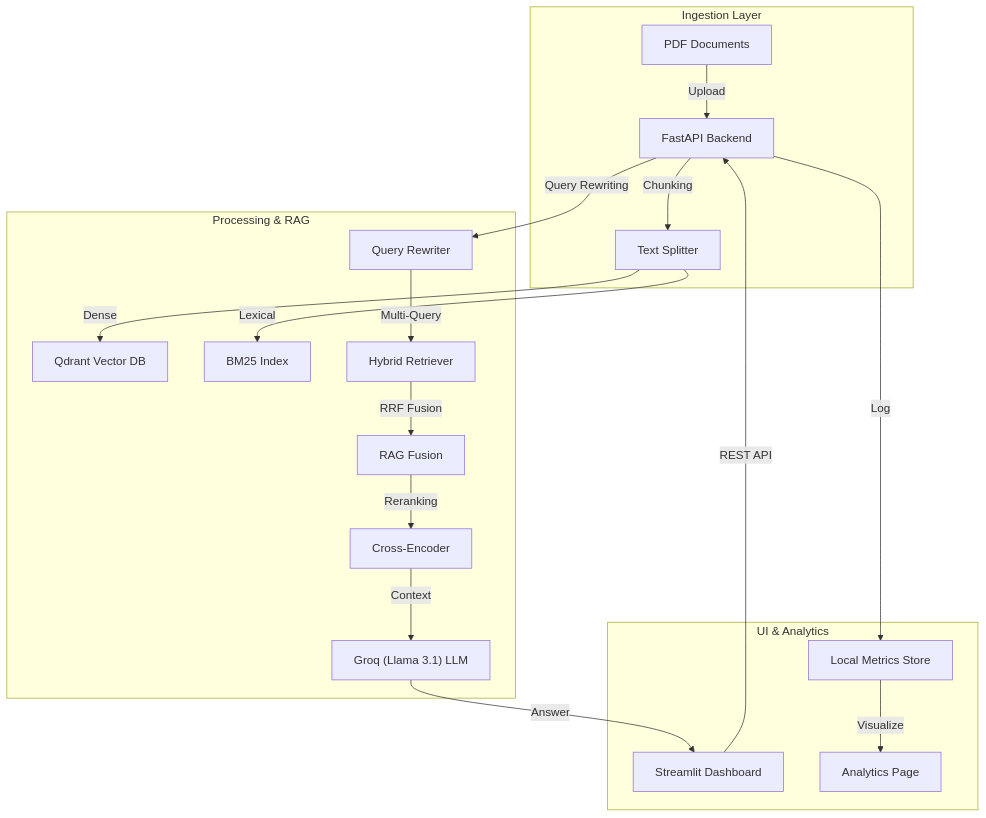
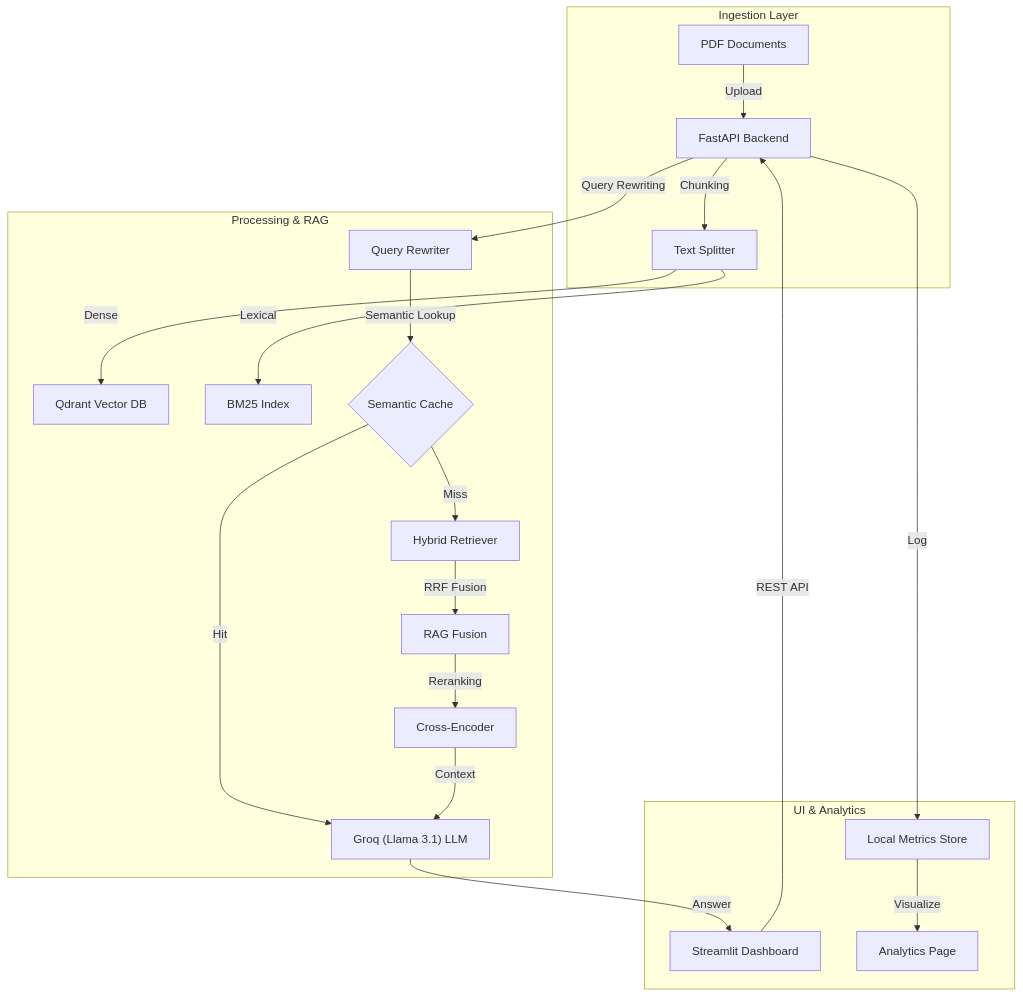
The diagram in readme.md (flxhrdyn/InvenioAI), drawn with Mermaid before and after one commit. The commit also changed other lines of this file and 1 other file, not shown here.

Commit message:
chore: fix gitignore typos and finalize ignore patterns

````diff
--- a/readme.md
+++ b/readme.md
@@ -61,25 +63,27 @@
 ```mermaid
 graph TD
     subgraph Data_Layer [Ingestion Layer]
         PDF[PDF Documents] -->|Upload| API[FastAPI Backend]
         API -->|Chunking| Split[Text Splitter]
     end
     
     subgraph Intelligence_Layer [Processing & RAG]
         Split -->|Dense| QDR[Qdrant Vector DB]
         Split -->|Lexical| BM25[BM25 Index]
         
         API -->|Query Rewriting| Rewriter[Query Rewriter]
-        Rewriter -->|Multi-Query| RAG[Hybrid Retriever]
+        Rewriter -->|Semantic Lookup| Cache{Semantic Cache}
+        Cache -->|Miss| RAG[Hybrid Retriever]
+        Cache -->|Hit| LLM
         RAG -->|RRF Fusion| Fuse[RAG Fusion]
         Fuse -->|Reranking| Rerank[Cross-Encoder]
         Rerank -->|Context| LLM["Groq (Llama 3.1) LLM"]
     end
     
     subgraph Presentation_Layer [UI & Analytics]
         UI[Streamlit Dashboard] -->|REST API| API
         LLM -->|Answer| UI
         API -->|Log| Metrics[Local Metrics Store]
         Metrics -->|Visualize| Dashboard[Analytics Page]
     end
 ```
````
